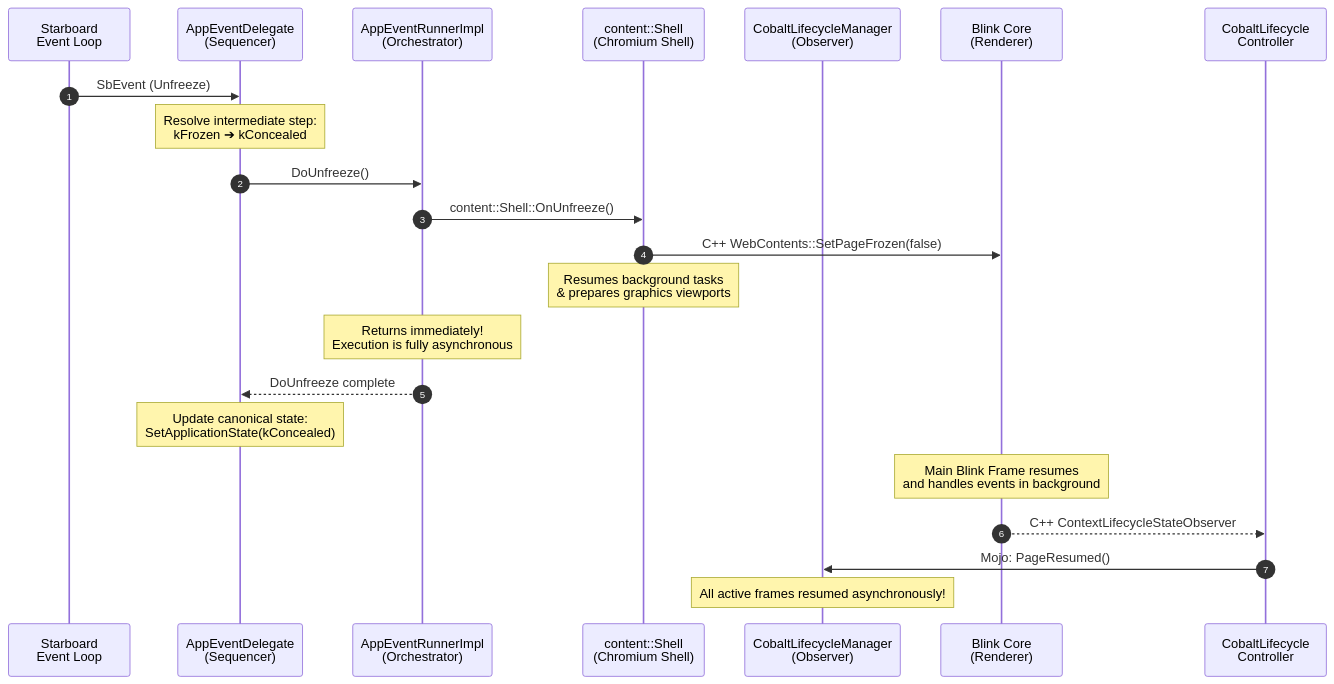
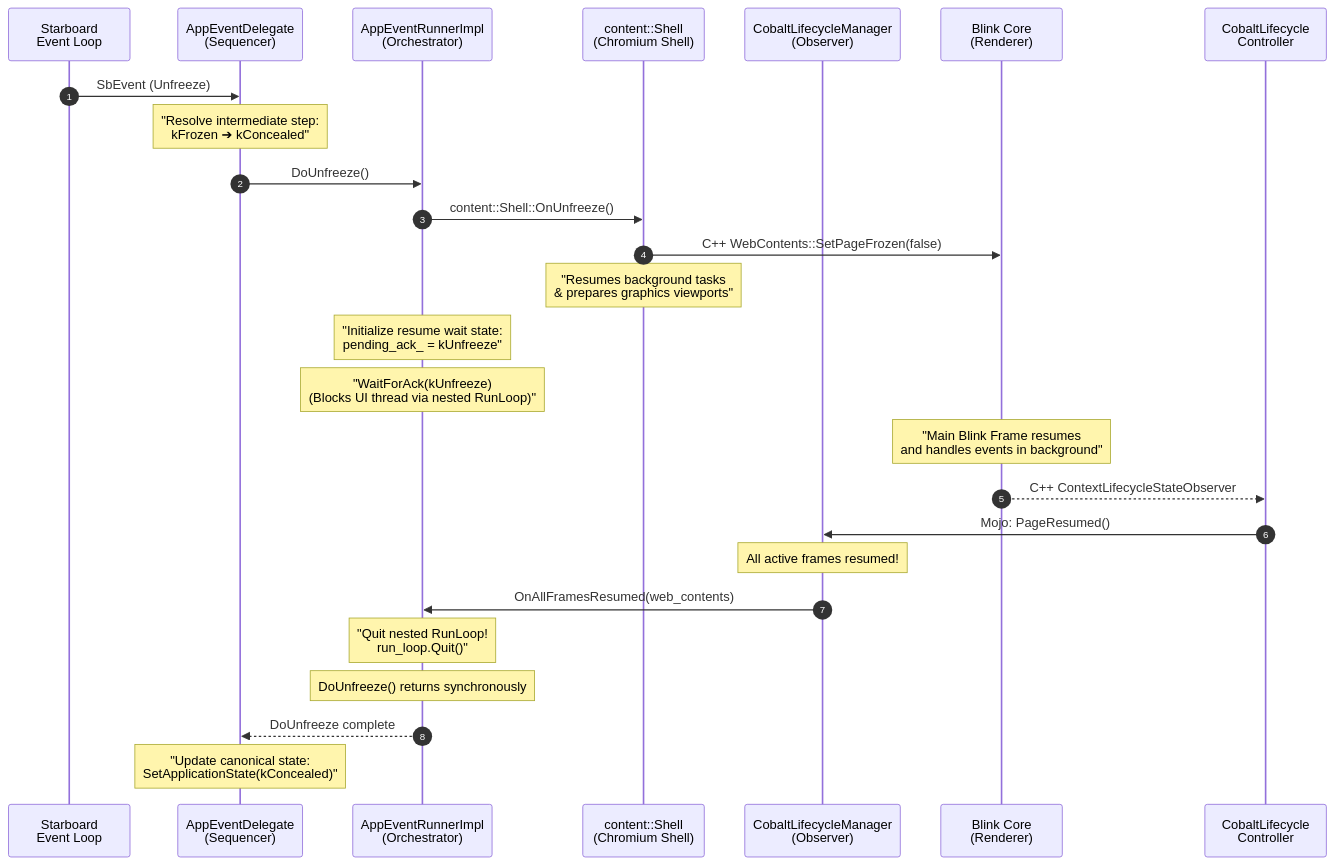
One commit to youtube/cobalt changed the fifth of 14 diagrams in cobalt/doc/lifecycle_internals.md. Above: the diagram before and after it, drawn with Mermaid. The commit also changed 6 other files, not shown here.

````diff
--- a/cobalt/doc/lifecycle_internals.md
+++ b/cobalt/doc/lifecycle_internals.md
@@ -220,26 +220,30 @@
 ```mermaid
 sequenceDiagram
   autonumber
   participant OS as Starboard <br/> Event Loop
   participant Delegate as AppEventDelegate <br/> (Sequencer)
   participant Runner as AppEventRunnerImpl <br/> (Orchestrator)
   participant Shell as content::Shell <br/> (Chromium Shell)
   participant Manager as CobaltLifecycleManager <br/> (Observer)
   participant Blink as Blink Core <br/> (Renderer)
   participant Controller as CobaltLifecycle <br/> Controller
 
   OS->>Delegate: SbEvent (Unfreeze)
-  Note over Delegate: Resolve intermediate step:<br/>kFrozen ➔ kConcealed
+  Note over Delegate: "Resolve intermediate step:<br/>kFrozen ➔ kConcealed"
   Delegate->>Runner: DoUnfreeze()
   Runner->>Shell: content::Shell::OnUnfreeze()
   Shell->>Blink: C++ WebContents::SetPageFrozen(false)
-  Note over Shell: Resumes background tasks<br/>& prepares graphics viewports
-  Note over Runner: Returns immediately!<br/>Execution is fully asynchronous
-  Runner-->>Delegate: DoUnfreeze complete
-  Note over Delegate: Update canonical state:<br/>SetApplicationState(kConcealed)
+  Note over Shell: "Resumes background tasks<br/>& prepares graphics viewports"
+  Note over Runner: "Initialize resume wait state:<br/>pending_ack_ = kUnfreeze"
+  Note over Runner: "WaitForAck(kUnfreeze)<br/>(Blocks UI thread via nested RunLoop)"
 
-  Note over Blink: Main Blink Frame resumes<br/>and handles events in background
+  Note over Blink: "Main Blink Frame resumes<br/>and handles events in background"
   Blink-->>Controller: C++ ContextLifecycleStateObserver
   Controller->>Manager: Mojo: PageResumed()
-  Note over Manager: All active frames resumed asynchronously!
+  Note over Manager: All active frames resumed!
+  Manager->>Runner: OnAllFramesResumed(web_contents)
+  Note over Runner: "Quit nested RunLoop!<br/>run_loop.Quit()"
+  Note over Runner: DoUnfreeze() returns synchronously
+  Runner-->>Delegate: DoUnfreeze complete
+  Note over Delegate: "Update canonical state:<br/>SetApplicationState(kConcealed)"
 ```
````
